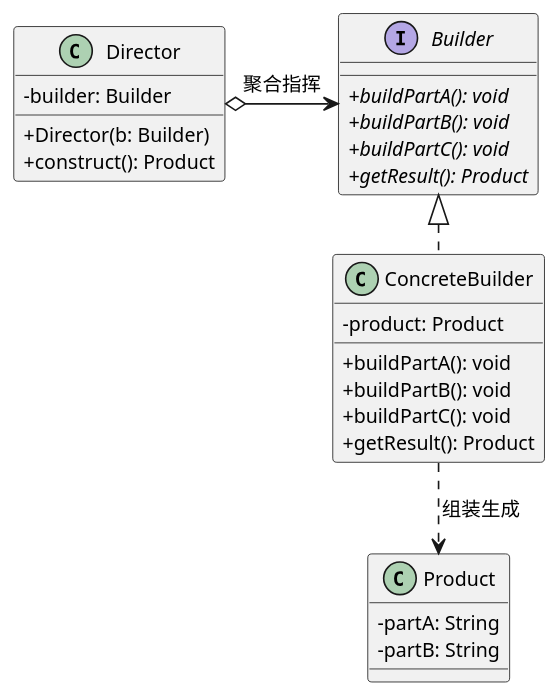
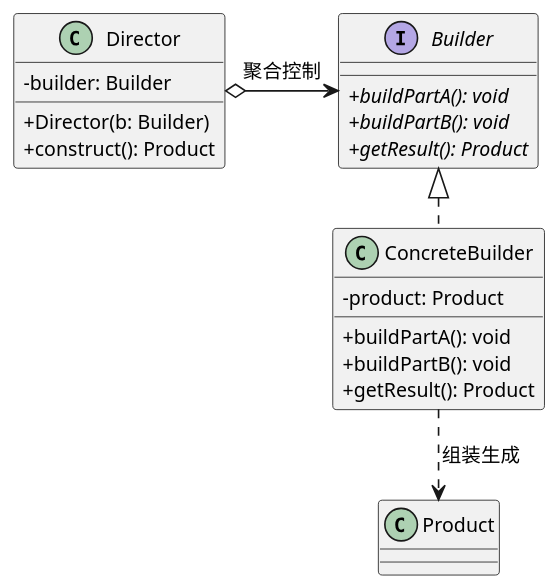
Before and after one commit to cpsa3/software-designer-fast-pass: the fourth of 20 diagrams in 02-visual-diagrams/03-设计模式核心图谱与真题命题密码.md, drawn with PlantUML. The commit also changed other lines of this file, not shown here.

````diff
--- a/02-visual-diagrams/03-设计模式核心图谱与真题命题密码.md
+++ b/02-visual-diagrams/03-设计模式核心图谱与真题命题密码.md
@@ -269,37 +206,30 @@
 ```plantuml
 @startuml
 !pragma layout smetana
 skinparam dpi 125
 skinparam defaultFontSize 12
 skinparam classAttributeIconSize 0
 
 class Director {
     - builder: Builder
     + Director(b: Builder)
     + construct(): Product
 }
 
 interface Builder {
     + {abstract} buildPartA(): void
     + {abstract} buildPartB(): void
-    + {abstract} buildPartC(): void
     + {abstract} getResult(): Product
 }
 
 class ConcreteBuilder implements Builder {
     - product: Product
     + buildPartA(): void
     + buildPartB(): void
-    + buildPartC(): void
     + getResult(): Product
 }
 
-class Product {
-    - partA: String
-    - partB: String
-}
-
-Director o-> Builder : 聚合指挥
+Director o-> Builder : 聚合控制
 ConcreteBuilder ..> Product : 组装生成
 @enduml
 ```
````
